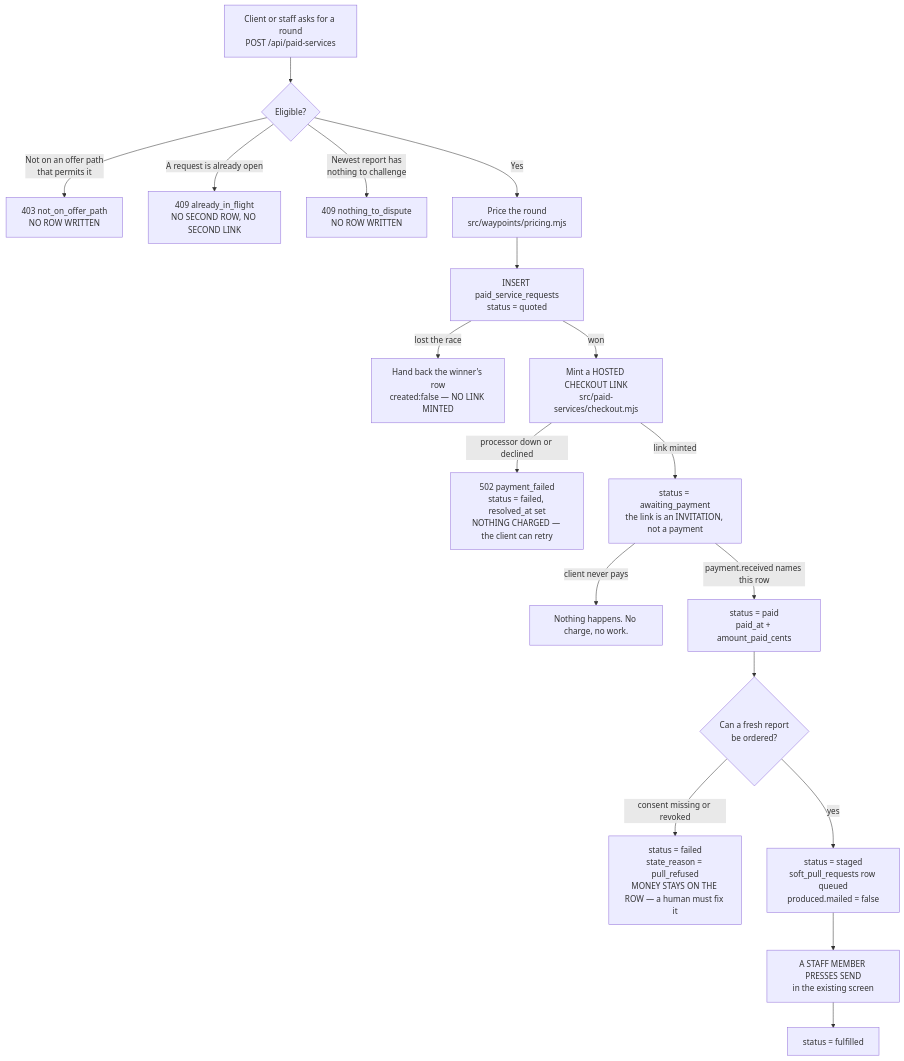
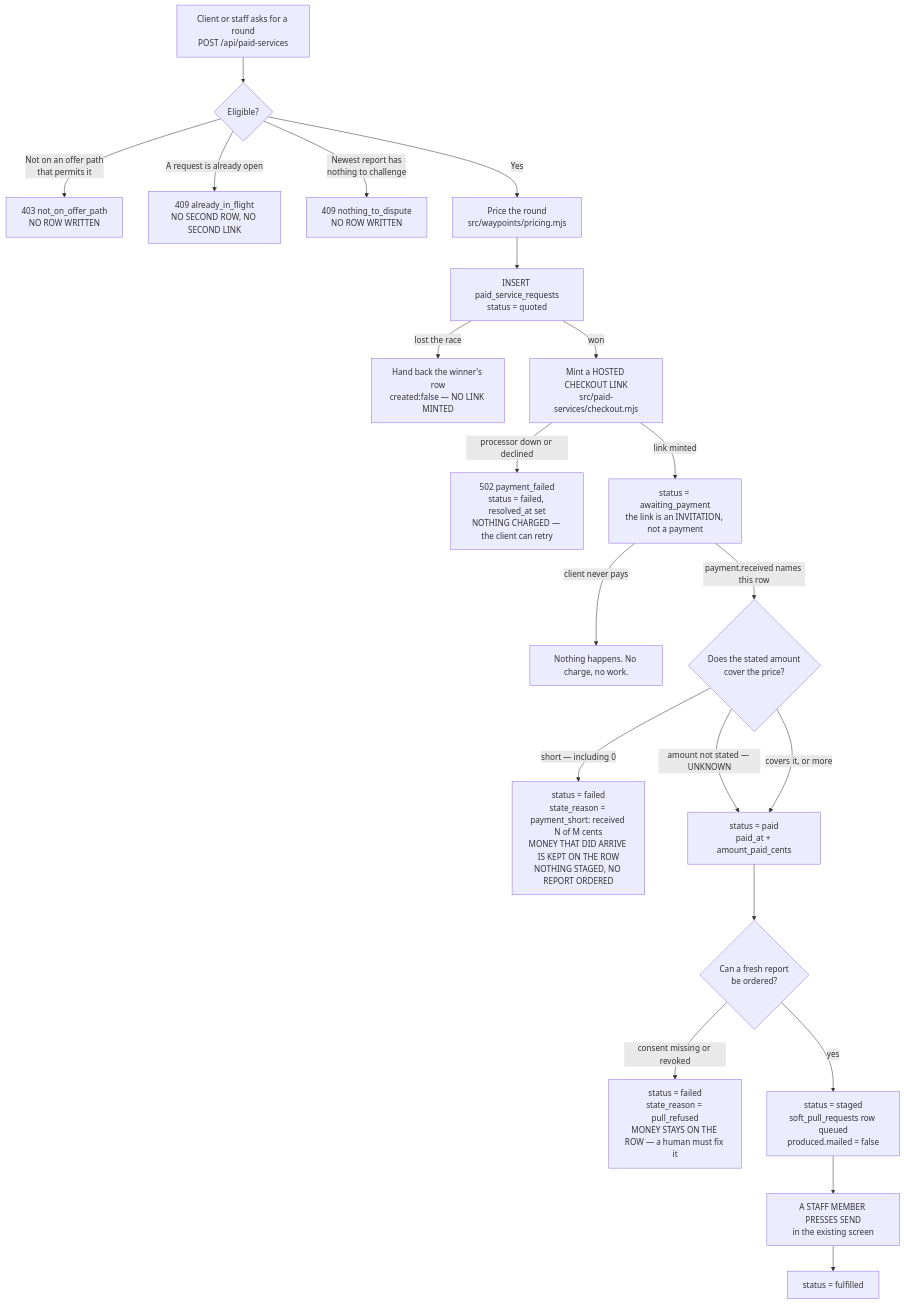
One commit to ZootimusMaximusSupreme/Fundhub_ai changed the diagram in docs/journeys/paid-round-actual.md. Above: the diagram before and after it, drawn with Mermaid. The commit also changed other lines of this file and 8 other files, not shown here.

First line of the commit message:
A short payment is no longer a payment; migration 345's cleanup matches its comment

````diff
--- a/docs/journeys/paid-round-actual.md
+++ b/docs/journeys/paid-round-actual.md
@@ -52,26 +52,30 @@
 ```mermaid
 flowchart TD
     PRESS[Client or staff asks for a round<br/>POST /api/paid-services] --> ELIG{Eligible?}
 
     ELIG -->|Not on an offer path<br/>that permits it| R1[403 not_on_offer_path<br/>NO ROW WRITTEN]
     ELIG -->|A request is already open| R2[409 already_in_flight<br/>NO SECOND ROW, NO SECOND LINK]
     ELIG -->|Newest report has<br/>nothing to challenge| R3[409 nothing_to_dispute<br/>NO ROW WRITTEN]
     ELIG -->|Yes| PRICE[Price the round<br/>src/waypoints/pricing.mjs]
 
     PRICE --> ROW[INSERT paid_service_requests<br/>status = quoted]
     ROW -->|lost the race| RACE[Hand back the winner's row<br/>created:false — NO LINK MINTED]
     ROW -->|won| MINT[Mint a HOSTED CHECKOUT LINK<br/>src/paid-services/checkout.mjs]
 
     MINT -->|processor down or declined| R4[502 payment_failed<br/>status = failed, resolved_at set<br/>NOTHING CHARGED — the client can retry]
     MINT -->|link minted| AWAIT[status = awaiting_payment<br/>the link is an INVITATION, not a payment]
 
     AWAIT -->|client never pays| STOP[Nothing happens. No charge, no work.]
-    AWAIT -->|payment.received names this row| PAID[status = paid<br/>paid_at + amount_paid_cents]
+    AWAIT -->|payment.received names this row| AMT{Does the stated amount<br/>cover the price?}
+
+    AMT -->|"short — including 0"| R6[status = failed<br/>state_reason = payment_short: received N of M cents<br/>MONEY THAT DID ARRIVE IS KEPT ON THE ROW<br/>NOTHING STAGED, NO REPORT ORDERED]
+    AMT -->|"amount not stated — UNKNOWN"| PAID
+    AMT -->|"covers it, or more"| PAID[status = paid<br/>paid_at + amount_paid_cents]
 
     PAID --> PULL{Can a fresh report<br/>be ordered?}
     PULL -->|consent missing or revoked| R5[status = failed<br/>state_reason = pull_refused<br/>MONEY STAYS ON THE ROW — a human must fix it]
     PULL -->|yes| STAGED[status = staged<br/>soft_pull_requests row queued<br/>produced.mailed = false]
 
     STAGED --> HUMAN[A STAFF MEMBER PRESSES SEND<br/>in the existing screen]
     HUMAN --> DONE[status = fulfilled]
 ```
````
